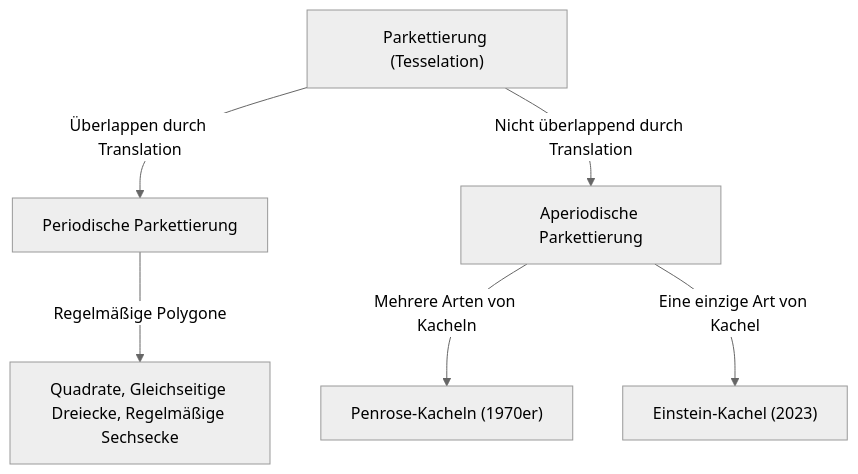
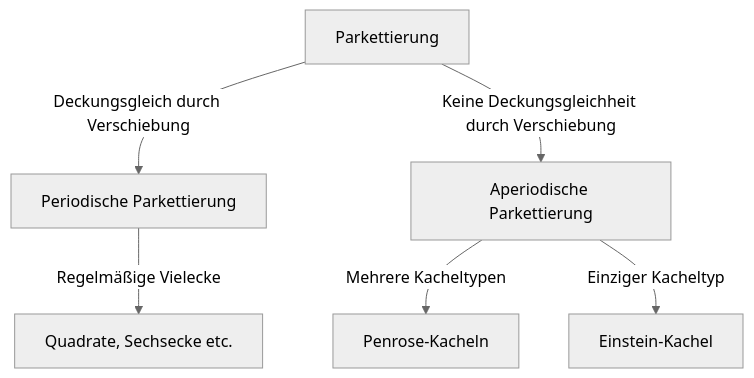
Before and after one commit to kenjinote/blog: the diagram in content/post/aperiodic-tiling-problem/index.de.md, drawn with Mermaid (neutral theme). The commit also changed other lines of this file and 129 other files, not shown here.

````diff
--- a/content/post/aperiodic-tiling-problem/index.de.md
+++ b/content/post/aperiodic-tiling-problem/index.de.md
@@ -23,9 +17,8 @@
 ```mermaid
 graph TD
-    A["Parkettierung (Tesselation)"]
-    A -- "Überlappen durch Translation" --> B["Periodische Parkettierung"]
-    A -- "Nicht überlappend durch Translation" --> C["Aperiodische Parkettierung"]
-    B -- "Regelmäßige Polygone" --> D["Quadrate, Gleichseitige Dreiecke, Regelmäßige Sechsecke"]
-    C -- "Mehrere Arten von Kacheln" --> E["Penrose-Kacheln (1970er)"]
-    C -- "Eine einzige Art von Kachel" --> F["Einstein-Kachel (2023)"]
+    A["Parkettierung"] -- "Deckungsgleich durch Verschiebung" --> B["Periodische Parkettierung"]
+    A -- "Keine Deckungsgleichheit durch Verschiebung" --> C["Aperiodische Parkettierung"]
+    B -- "Regelmäßige Vielecke" --> D["Quadrate, Sechsecke etc."]
+    C -- "Mehrere Kacheltypen" --> E["Penrose-Kacheln"]
+    C -- "Einziger Kacheltyp" --> F["Einstein-Kachel"]
 ```
````
